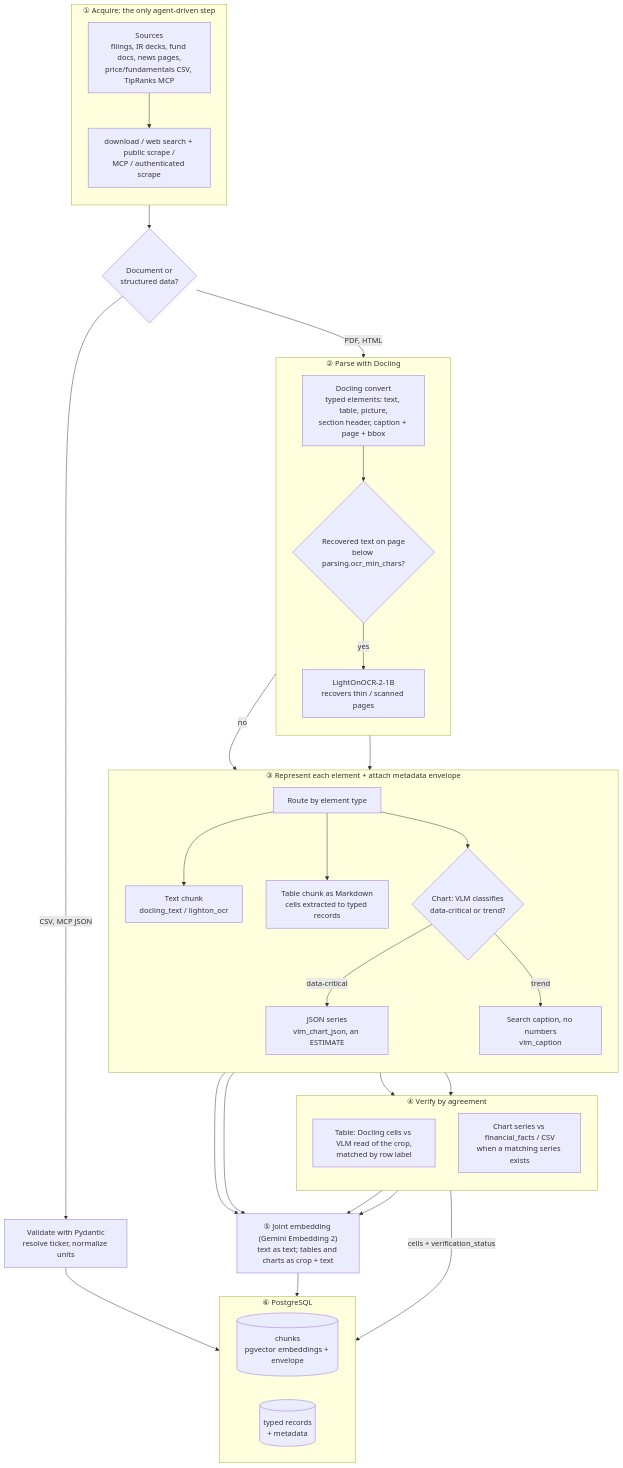
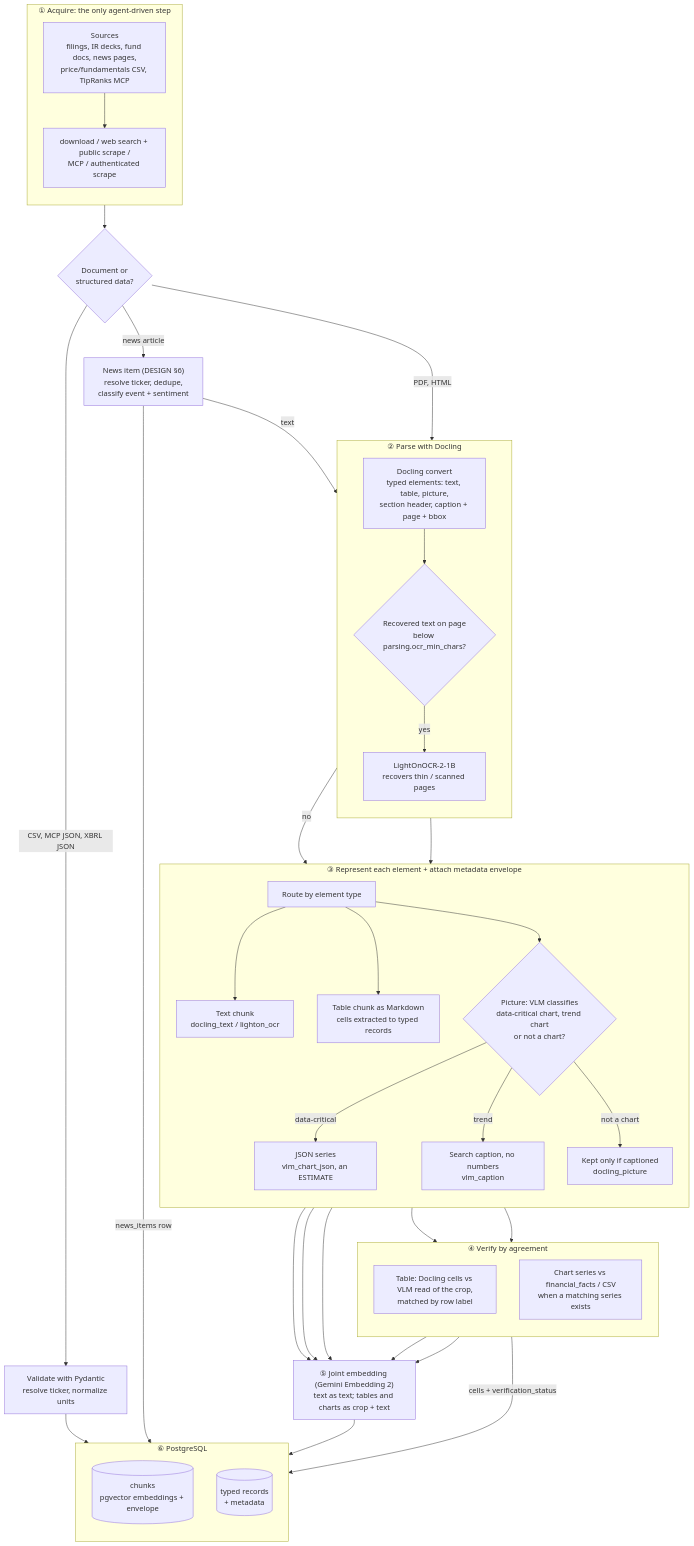
One commit to chazyman/financial-agent-capstone changed the first of 3 diagrams in PROPOSAL.md. Above: the diagram before and after it, drawn with Mermaid. The commit also changed other lines of this file and 2 other files, not shown here.

Commit message:
Proposal Design Consistency Review and Updates

````diff
--- a/PROPOSAL.md
+++ b/PROPOSAL.md
@@ -115,66 +119,72 @@
 ```mermaid
 flowchart TB
     subgraph ACQ["① Acquire: the only agent-driven step"]
         direction TB
         A["Sources<br/>filings, IR decks, fund docs, news pages,<br/>price/fundamentals CSV, TipRanks MCP"]
         B1["download / web search + public scrape /<br/>MCP / authenticated scrape"]
         A --> B1
     end
 
     B1 --> KIND{"Document or<br/>structured data?"}
-    KIND -->|"CSV, MCP JSON"| VAL["Validate with Pydantic<br/>resolve ticker, normalize units"]
+    KIND -->|"CSV, MCP JSON, XBRL JSON"| VAL["Validate with Pydantic<br/>resolve ticker, normalize units"]
 
     subgraph PARSE["② Parse with Docling"]
         direction TB
         DOC["Docling convert<br/>typed elements: text, table, picture,<br/>section header, caption + page + bbox"]
         OCRQ{"Recovered text on page<br/>below parsing.ocr_min_chars?"}
         OCR["LightOnOCR-2-1B<br/>recovers thin / scanned pages"]
         DOC --> OCRQ
         OCRQ -->|yes| OCR
     end
 
     KIND -->|"PDF, HTML"| DOC
+    KIND -->|"news article"| NEWS["News item (DESIGN §6)<br/>resolve ticker, dedupe,<br/>classify event + sentiment"]
+    NEWS -->|text| DOC
 
     subgraph REP["③ Represent each element + attach metadata envelope"]
         direction TB
         ROUTE["Route by element type"]
         TXT["Text chunk<br/>docling_text / lighton_ocr"]
         TBL["Table chunk as Markdown<br/>cells extracted to typed records"]
-        CH{"Chart: VLM classifies<br/>data-critical or trend?"}
+        CH{"Picture: VLM classifies<br/>data-critical chart, trend chart<br/>or not a chart?"}
         CJ["JSON series<br/>vlm_chart_json, an ESTIMATE"]
         CC["Search caption, no numbers<br/>vlm_caption"]
+        PIC["Kept only if captioned<br/>docling_picture"]
         ROUTE --> TXT
         ROUTE --> TBL
         ROUTE --> CH
         CH -->|data-critical| CJ
         CH -->|trend| CC
+        CH -->|not a chart| PIC
     end
 
     OCRQ -->|no| ROUTE
     OCR --> ROUTE
 
     subgraph VER["④ Verify by agreement"]
         direction TB
         VT["Table: Docling cells vs VLM read of the crop,<br/>matched by row label"]
         VC["Chart series vs financial_facts / CSV<br/>when a matching series exists"]
     end
 
     TBL --> VT
     CJ --> VC
 
     EMB["⑤ Joint embedding (Gemini Embedding 2)<br/>text as text; tables and charts as crop + text"]
     TXT --> EMB
     CC --> EMB
+    PIC --> EMB
     VT --> EMB
     VC --> EMB
 
     subgraph STORE["⑥ PostgreSQL"]
-        direction LR
+        direction TB
         C2[("chunks<br/>pgvector embeddings + envelope")]
         C1[("typed records<br/>+ metadata")]
     end
 
     EMB --> C2
     VT -->|cells + verification_status| C1
     VAL --> C1
+    NEWS -->|news_items row| C1
 ```
````
